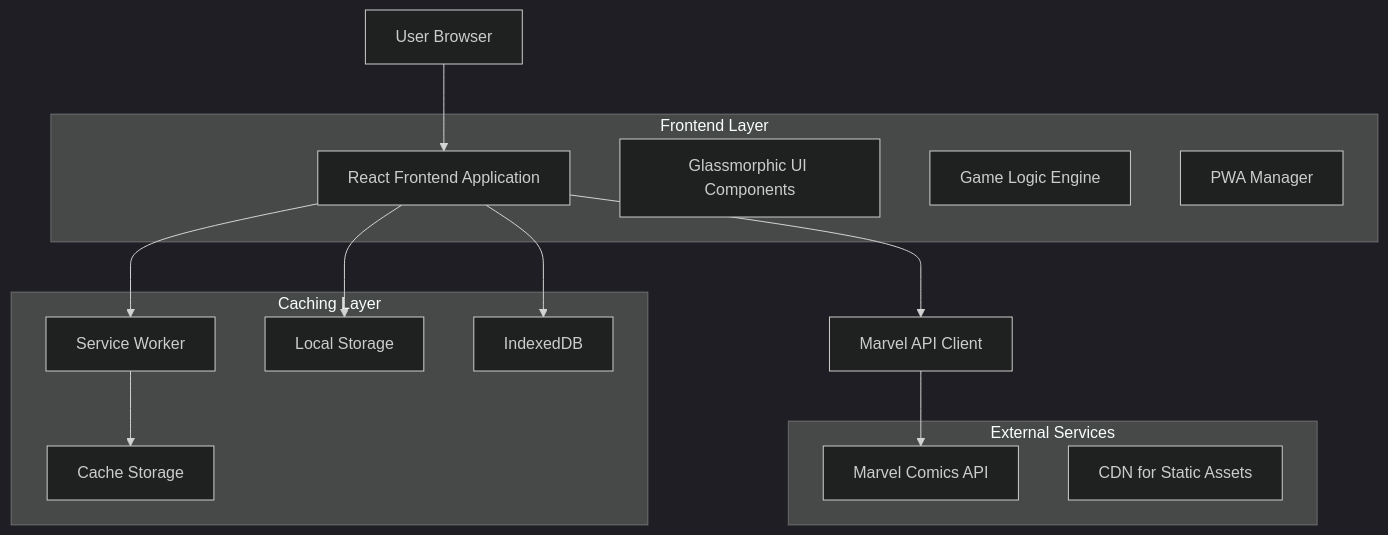
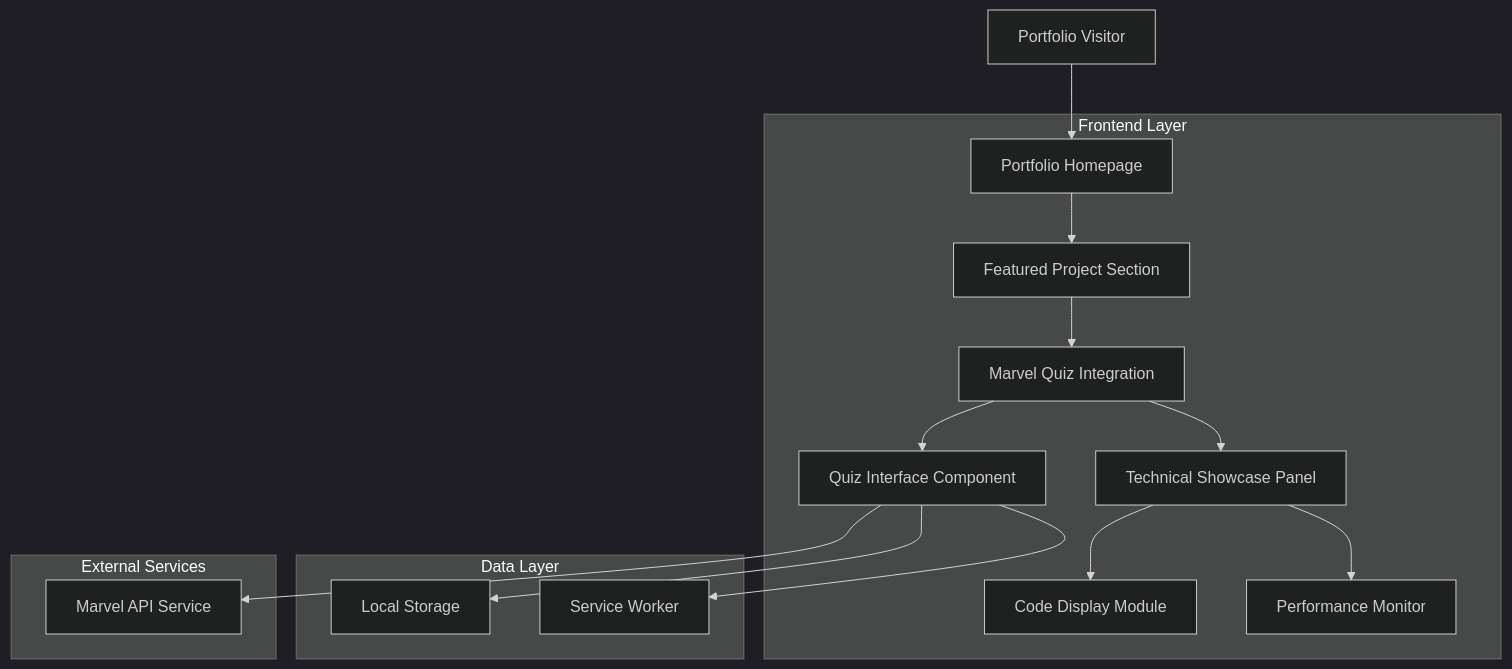
One commit to StrayDogSyn/Learner-Files-v3.5 changed the first of 3 diagrams in .trae/documents/Marvel-Quiz-Technical-Architecture.md. Above: the diagram before and after it, drawn with Mermaid (dark theme). The commit also changed other lines of this file and 2 other files, not shown here.

First line of the commit message:
docs(architecture): update marvel quiz technical documentation

````diff
--- a/.trae/documents/Marvel-Quiz-Technical-Architecture.md
+++ b/.trae/documents/Marvel-Quiz-Technical-Architecture.md
@@ -5,29 +5,32 @@
 ```mermaid
 graph TD
-    A[User Browser] --> B[React Frontend Application]
-    B --> C[Service Worker]
-    B --> D[Marvel API Client]
-    D --> E[Marvel Comics API]
-    C --> F[Cache Storage]
-    B --> G[Local Storage]
-    B --> H[IndexedDB]
+    A[Portfolio Visitor] --> B[Portfolio Homepage]
+    B --> C[Featured Project Section]
+    C --> D[Marvel Quiz Integration]
+    D --> E[Quiz Interface Component]
+    D --> F[Technical Showcase Panel]
+    E --> G[Marvel API Service]
+    E --> H[Local Storage]
+    E --> I[Service Worker]
+    F --> J[Code Display Module]
+    F --> K[Performance Monitor]
     
     subgraph "Frontend Layer"
         B
-        I[Glassmorphic UI Components]
-        J[Game Logic Engine]
-        K[PWA Manager]
+        C
+        D
+        E
+        F
+        J
+        K
     end
     
-    subgraph "Caching Layer"
-        C
-        F
-        G
+    subgraph "Data Layer"
         H
+        I
     end
     
     subgraph "External Services"
-        E
-        L[CDN for Static Assets]
+        G
     end
 ```
````
